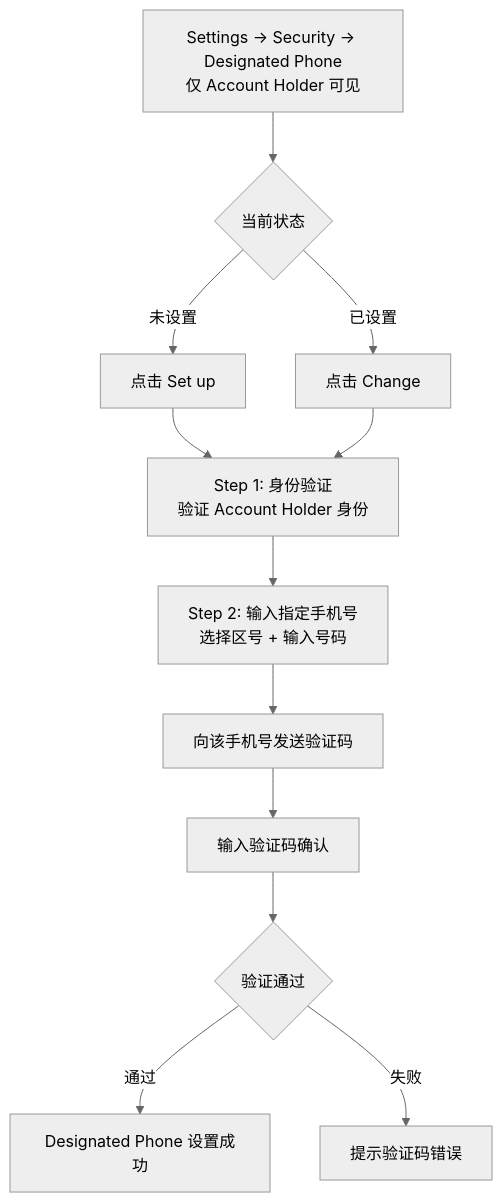
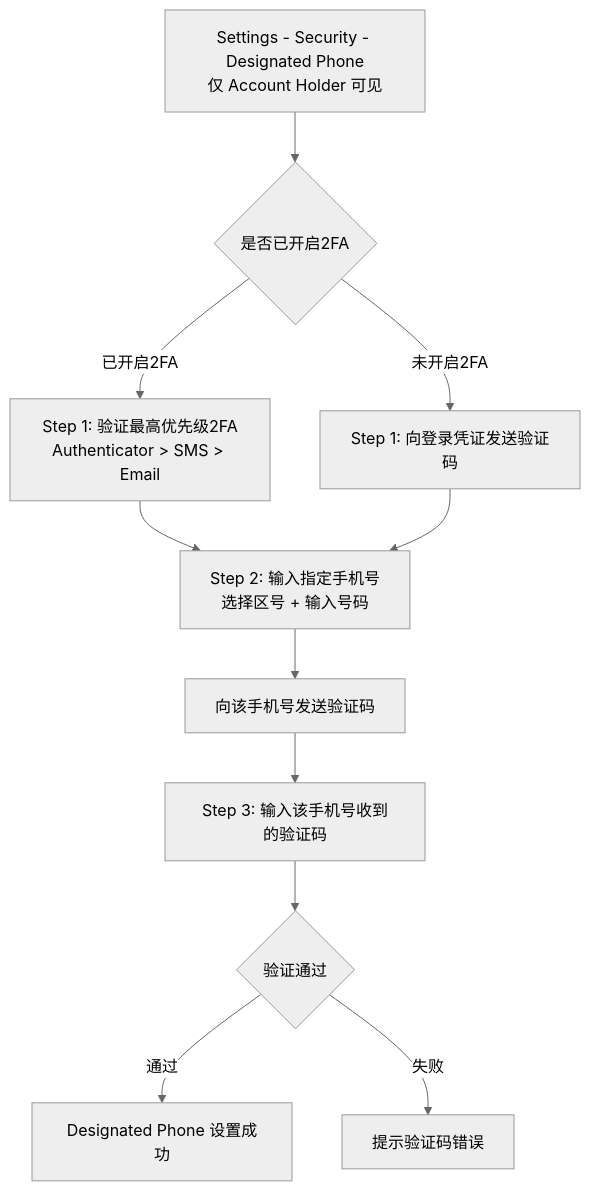
Diagram 17 of 25 in SigninLogin/prd/MP-register.md (xiaoxiaoangie/EX-NEW), drawn with Mermaid (neutral theme) before and after one commit. The commit also changed other lines of this file and 72 other files, not shown here.

````diff
--- a/SigninLogin/prd/MP-register.md
+++ b/SigninLogin/prd/MP-register.md
@@ -699,17 +701,16 @@
 ```mermaid
 flowchart TD
-    A[Settings → Security → Designated Phone<br/>仅 Account Holder 可见] --> B{当前状态}
-  
-    B -->|未设置| C[点击 Set up]
-    B -->|已设置| D[点击 Change]
-  
-    C --> E[Step 1: 身份验证<br/>验证 Account Holder 身份]
-    D --> E
-  
-    E --> F[Step 2: 输入指定手机号<br/>选择区号 + 输入号码]
+    A[Settings - Security - Designated Phone<br/>仅 Account Holder 可见] --> B{是否已开启2FA}
+
+    B -->|已开启2FA| C[Step 1: 验证最高优先级2FA<br/>Authenticator > SMS > Email]
+    B -->|未开启2FA| D[Step 1: 向登录凭证发送验证码]
+
+    C --> F[Step 2: 输入指定手机号<br/>选择区号 + 输入号码]
+    D --> F
+
     F --> G[向该手机号发送验证码]
-    G --> H[输入验证码确认]
+    G --> H[Step 3: 输入该手机号收到的验证码]
     H --> I{验证通过}
     I -->|通过| J[Designated Phone 设置成功]
     I -->|失败| H1[提示验证码错误]
 ```
````
